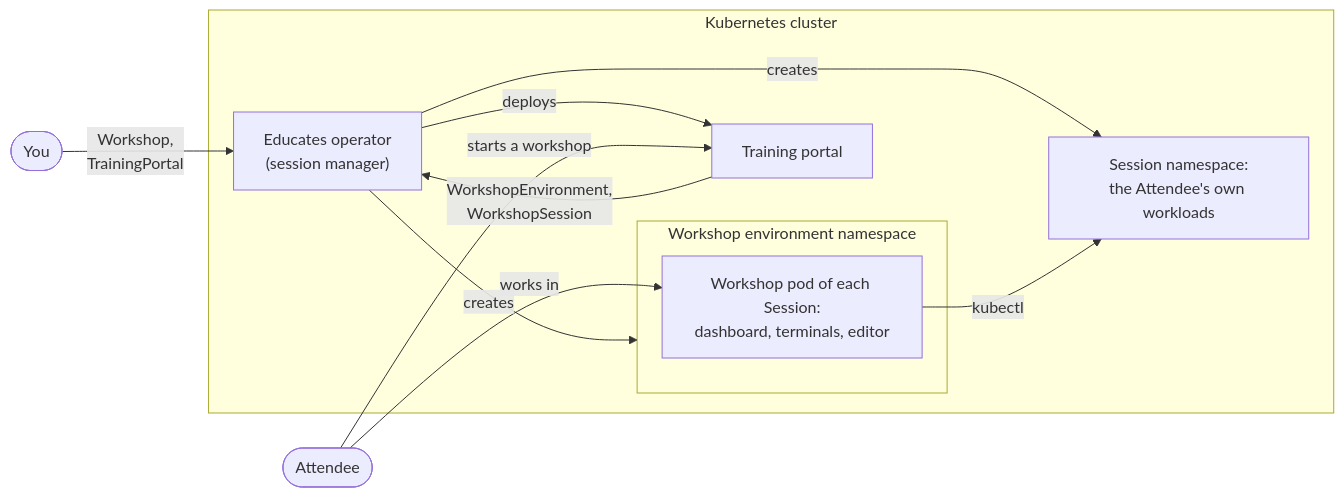
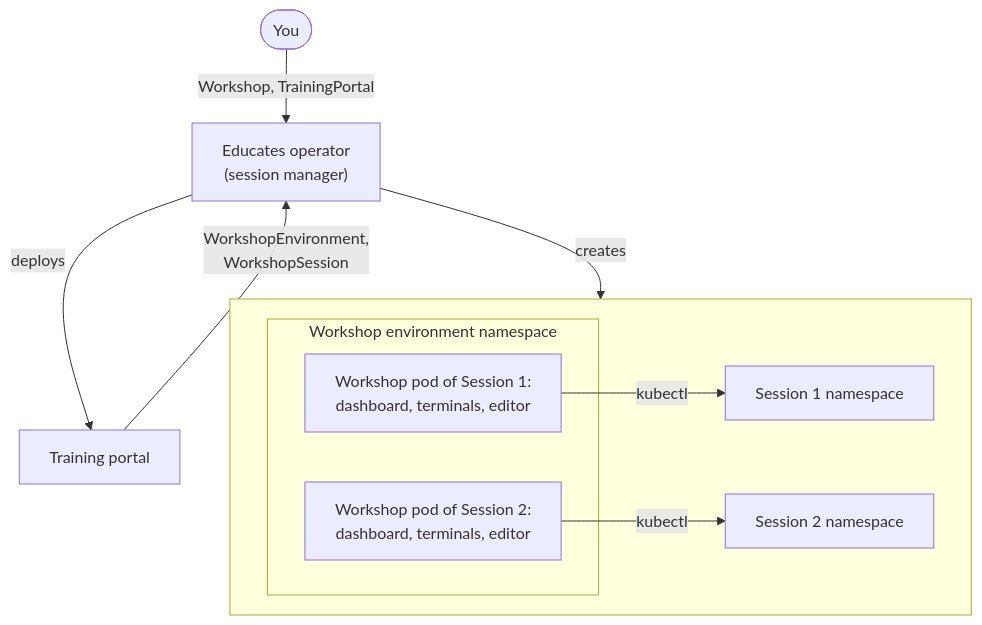
Before and after one commit to educates/educates.github.io: the first of 2 diagrams in src/content/about/index.md, drawn with Mermaid. The commit also changed other lines of this file and 2 other files, not shown here.

Commit message:
docs: name the About diagrams and redraw the architecture diagram
Each diagram gets an accessible title and description. The architecture
diagram now shows two Sessions, each workshop pod in the workshop
environment's namespace and each Session's namespace beside it, without
crossing edges.

````diff
--- a/src/content/about/index.md
+++ b/src/content/about/index.md
@@ -85,21 +85,22 @@
 ```mermaid
-flowchart LR
+flowchart TB
+    accTitle: Educates on Kubernetes
+    accDescr: You apply Workshop and TrainingPortal resources to the Educates operator, which deploys the training portal. The portal creates WorkshopEnvironment and WorkshopSession resources, from which the operator creates a workshop environment namespace, holding the workshop pod of each Session, and a namespace for each Session. Each workshop pod reaches its own Session's namespace with kubectl.
     you(["You"])
-    attendee(["Attendee"])
-    subgraph cluster["Kubernetes cluster"]
-        operator["Educates operator<br>(session manager)"]
-        portal["Training portal"]
+    operator["Educates operator<br>(session manager)"]
+    portal["Training portal"]
+    subgraph created[" "]
         subgraph environment["Workshop environment namespace"]
-            pod["Workshop pod of each Session:<br>dashboard, terminals, editor"]
+            pod1["Workshop pod of Session 1:<br>dashboard, terminals, editor"]
+            pod2["Workshop pod of Session 2:<br>dashboard, terminals, editor"]
         end
-        session["Session namespace:<br>the Attendee's own workloads"]
+        session1["Session 1 namespace"]
+        session2["Session 2 namespace"]
     end
-    you -- "Workshop,<br>TrainingPortal" --> operator
+    you -- "Workshop, TrainingPortal" --> operator
     operator -- "deploys" --> portal
     portal -- "WorkshopEnvironment,<br>WorkshopSession" --> operator
-    operator -- "creates" --> environment
-    operator -- "creates" --> session
-    attendee -- "starts a workshop" --> portal
-    attendee -- "works in" --> pod
-    pod -- "kubectl" --> session
+    operator -- "creates" --> created
+    pod1 -- "kubectl" --> session1
+    pod2 -- "kubectl" --> session2
 ```
````
